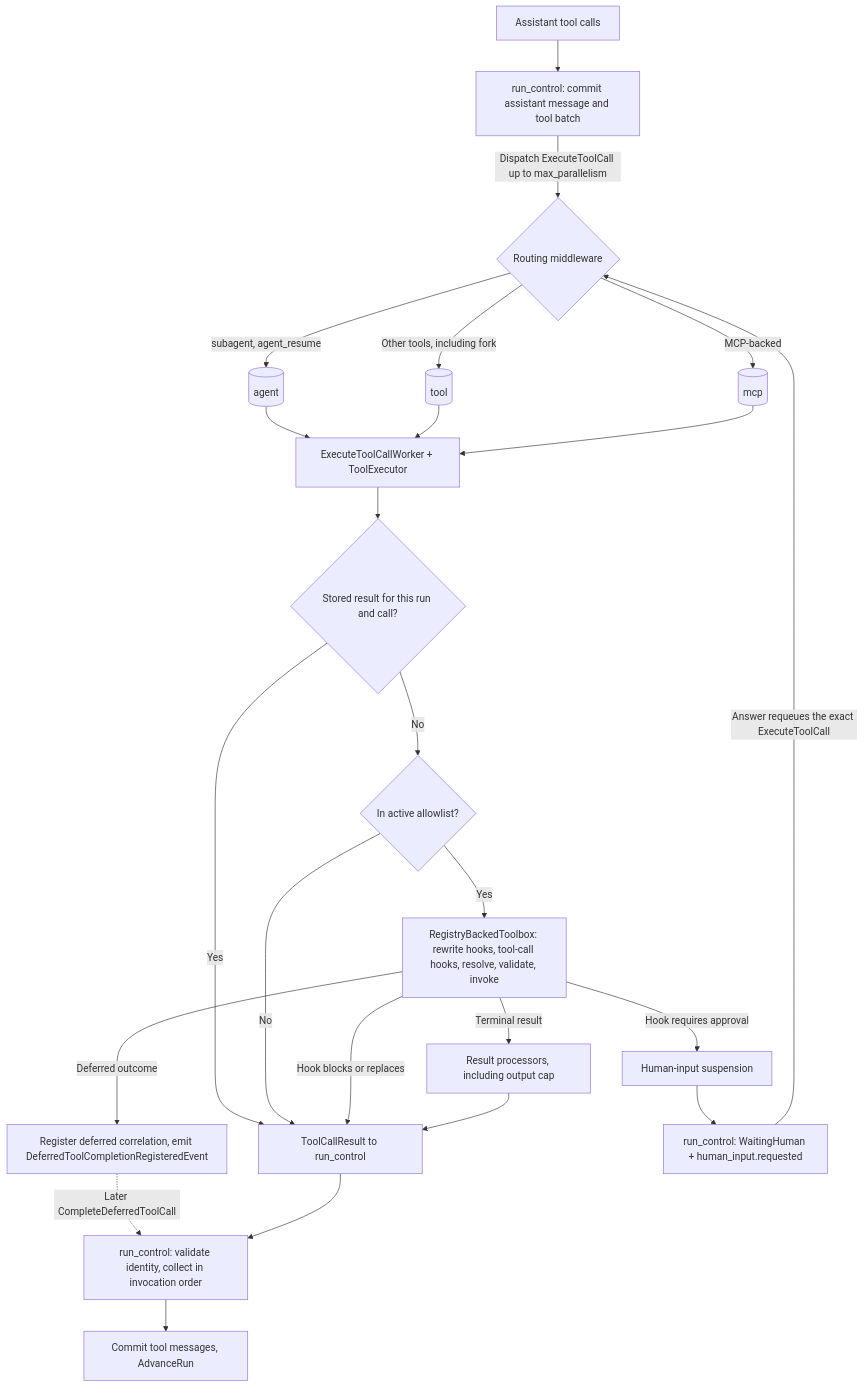
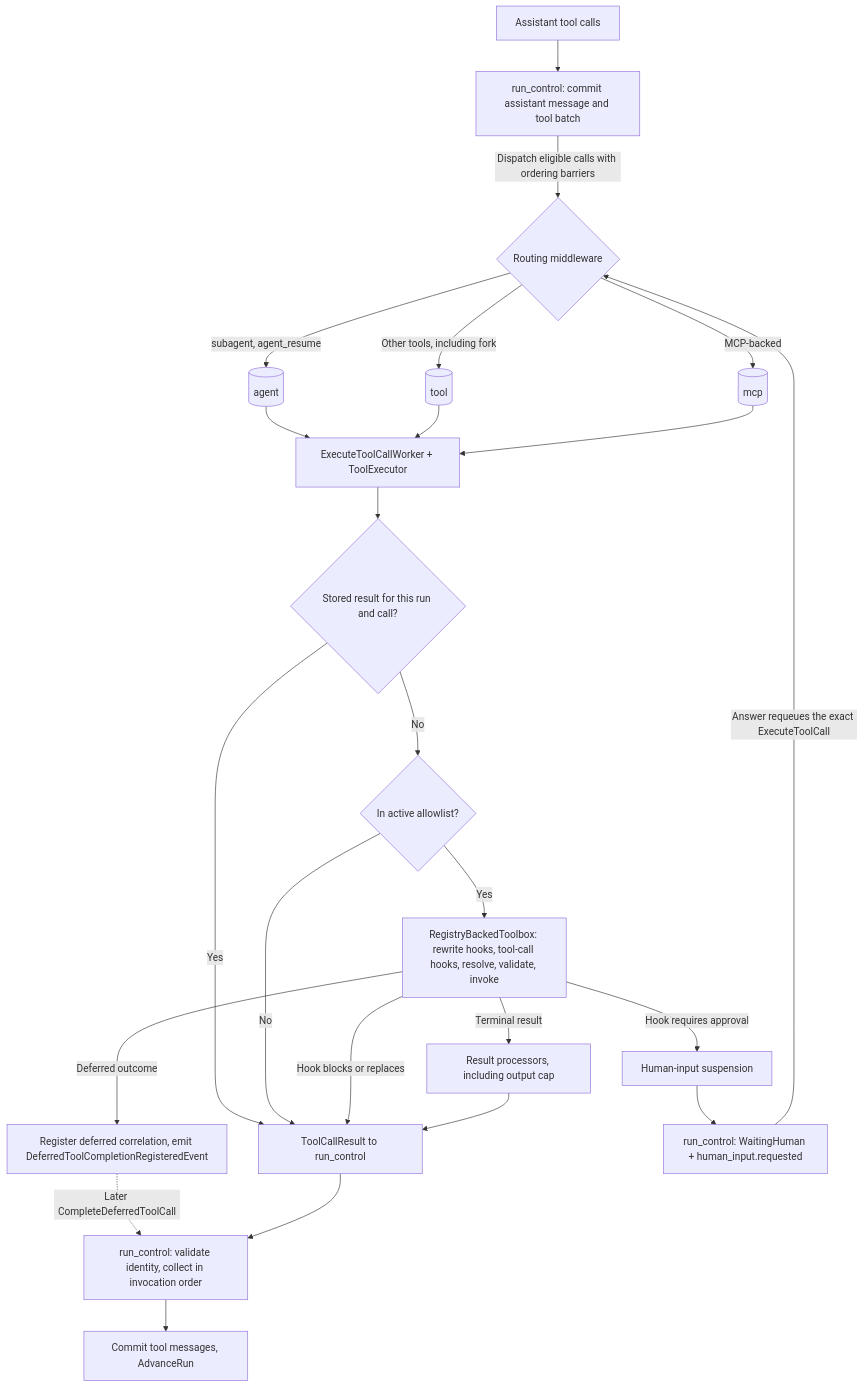
Before and after one commit to ineersa/agent-core: the first of 2 diagrams in architecture/tools-and-mcp.md, drawn with Mermaid. The commit also changed other lines of this file and 130 other files, not shown here.

````diff
--- a/architecture/tools-and-mcp.md
+++ b/architecture/tools-and-mcp.md
@@ -24,26 +24,26 @@
 ```mermaid
 flowchart TD
     Model["Assistant tool calls"] --> Batch["run_control: commit assistant message and tool batch"]
-    Batch -->|"Dispatch ExecuteToolCall up to max_parallelism"| Route{"Routing middleware"}
+    Batch -->|"Dispatch eligible calls with ordering barriers"| Route{"Routing middleware"}
     Route -->|"subagent, agent_resume"| AgentQ[("agent")]
     Route -->|"MCP-backed"| McpQ[("mcp")]
     Route -->|"Other tools, including fork"| ToolQ[("tool")]
     AgentQ --> Worker["ExecuteToolCallWorker + ToolExecutor"]
     ToolQ --> Worker
     McpQ --> Worker
     Worker --> Reuse{"Stored result for this run and call?"}
     Reuse -->|Yes| Result["ToolCallResult to run_control"]
     Reuse -->|No| Allow{"In active allowlist?"}
     Allow -->|No| Result
     Allow -->|Yes| Toolbox["RegistryBackedToolbox: rewrite hooks, tool-call hooks, resolve, validate, invoke"]
     Toolbox -->|"Hook blocks or replaces"| Result
     Toolbox -->|"Hook requires approval"| Suspend["Human-input suspension"]
     Toolbox -->|"Deferred outcome"| Deferred["Register deferred correlation, emit DeferredToolCompletionRegisteredEvent"]
     Toolbox -->|"Terminal result"| Process["Result processors, including output cap"]
     Process --> Result
     Suspend --> Wait["run_control: WaitingHuman + human_input.requested"]
     Wait -->|"Answer requeues the exact ExecuteToolCall"| Route
     Deferred -.->|"Later CompleteDeferredToolCall"| Collect
     Result --> Collect["run_control: validate identity, collect in invocation order"]
     Collect --> Continue["Commit tool messages, AdvanceRun"]
 ```
````
